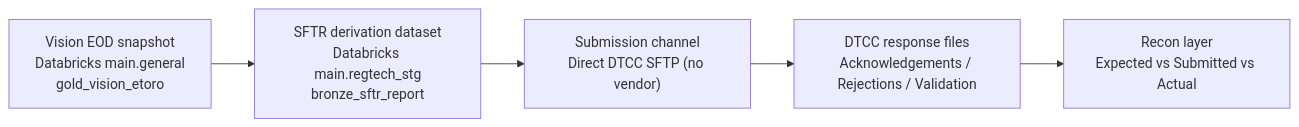
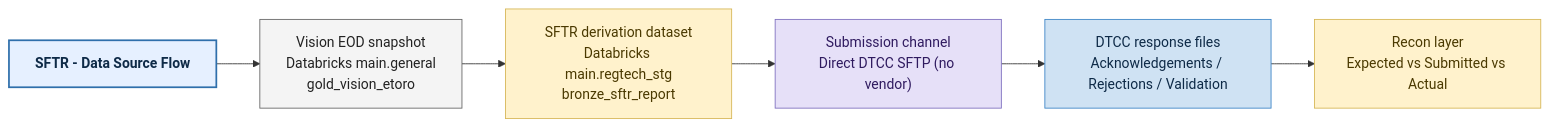
One commit to valentinosko-hub/RegTech changed the diagram in docs/reporting-model-sftr-data-sources.mmd. Above: the diagram before and after it, drawn with Mermaid. The commit also changed 15 other files, not shown here.

Commit message:
Style per-model diagrams with title and state colors

```diff
--- a/docs/reporting-model-sftr-data-sources.mmd
+++ b/docs/reporting-model-sftr-data-sources.mmd
@@ -1,8 +1,22 @@
 flowchart LR
+  T["SFTR - Data Source Flow"]
   S1["Vision EOD snapshot<br/>Databricks main.general<br/>gold_vision_etoro"]
   S2["SFTR derivation dataset<br/>Databricks main.regtech_stg<br/>bronze_sftr_report"]
   S3["Submission channel<br/>Direct DTCC SFTP (no vendor)"]
   S4["DTCC response files<br/>Acknowledgements / Rejections / Validation"]
   S5["Recon layer<br/>Expected vs Submitted vs Actual"]
 
+  T --> S1
   S1 --> S2 --> S3 --> S4 --> S5
+
+  classDef title fill:#e6f0ff,stroke:#2f6fab,stroke-width:2px,color:#0e2a47,font-weight:bold;
+  classDef expected fill:#fff2cc,stroke:#d6b656,stroke-width:1px,color:#4a3900;
+  classDef submitted fill:#e6e0f8,stroke:#7f70bf,stroke-width:1px,color:#2f1a5f;
+  classDef actual fill:#cfe2f3,stroke:#3d85c6,stroke-width:1px,color:#0e2a47;
+  classDef neutral fill:#f4f4f4,stroke:#666,stroke-width:1px,color:#222;
+
+  class T title;
+  class S2,S5 expected;
+  class S3 submitted;
+  class S4 actual;
+  class S1 neutral;
```
